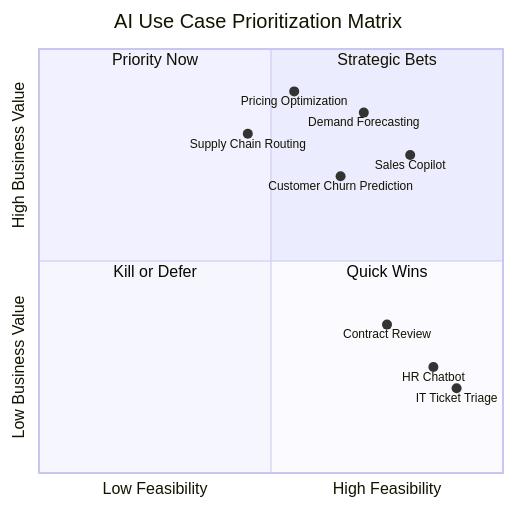
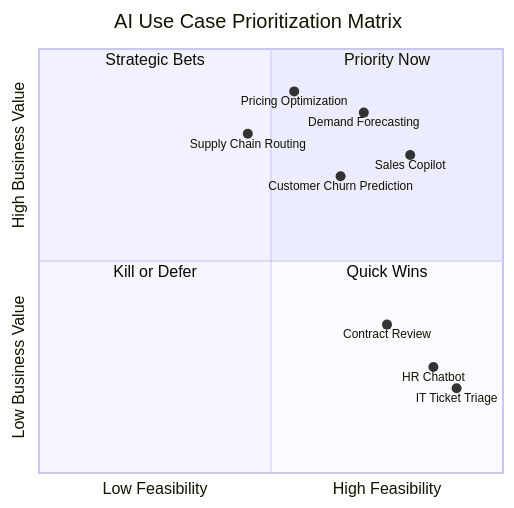
One commit to sunilp/enterprise-ai changed the first of 2 diagrams in content/portfolio/prioritization.md. Above: the diagram before and after it, drawn with Mermaid. The commit also changed other lines of this file and 40 other files, not shown here.

````diff
--- a/content/portfolio/prioritization.md
+++ b/content/portfolio/prioritization.md
@@ -32,18 +32,18 @@
 ```mermaid
 quadrantChart
     title AI Use Case Prioritization Matrix
     x-axis Low Feasibility --> High Feasibility
     y-axis Low Business Value --> High Business Value
-    quadrant-1 Strategic Bets
-    quadrant-2 Priority Now
+    quadrant-1 Priority Now
+    quadrant-2 Strategic Bets
     quadrant-3 Kill or Defer
     quadrant-4 Quick Wins
     Demand Forecasting: [0.7, 0.85]
     Sales Copilot: [0.8, 0.75]
     Pricing Optimization: [0.55, 0.9]
     HR Chatbot: [0.85, 0.25]
     Contract Review: [0.75, 0.35]
     Supply Chain Routing: [0.45, 0.8]
     IT Ticket Triage: [0.9, 0.2]
     Customer Churn Prediction: [0.65, 0.7]
 ```
````
